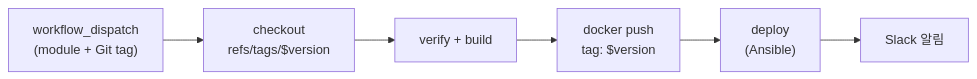
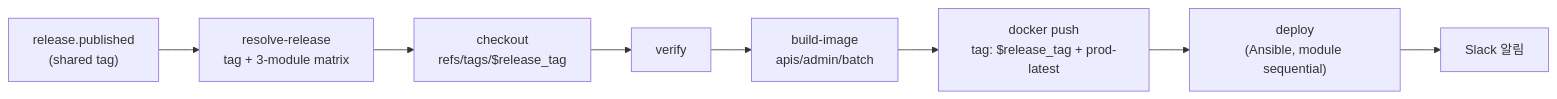
Before and after one commit to TEAM-BEAT/BEAT-SERVER: the third of 10 diagrams in infra/README.md, drawn with Mermaid. The commit also changed other lines of this file and 1 other file, not shown here.

First line of the commit message:
chore: document release-published production deployment policy

````diff
--- a/infra/README.md
+++ b/infra/README.md
@@ -169,8 +170,10 @@
 ```mermaid
 flowchart LR
-    A["workflow_dispatch<br/>(module + Git tag)"] --> B["checkout<br/>refs/tags/$version"]
-    B --> C["verify + build"]
-    C --> D["docker push<br/>tag: $version"]
-    D --> E["deploy<br/>(Ansible)"]
-    E --> F["Slack 알림"]
+    A["release.published<br/>(shared tag)"] --> B["resolve-release<br/>tag + 3-module matrix"]
+    B --> C["checkout<br/>refs/tags/$release_tag"]
+    C --> D["verify"]
+    D --> E["build-image<br/>apis/admin/batch"]
+    E --> F["docker push<br/>tag: $release_tag + prod-latest"]
+    F --> G["deploy<br/>(Ansible, module sequential)"]
+    G --> H["Slack 알림"]
 ```
````
